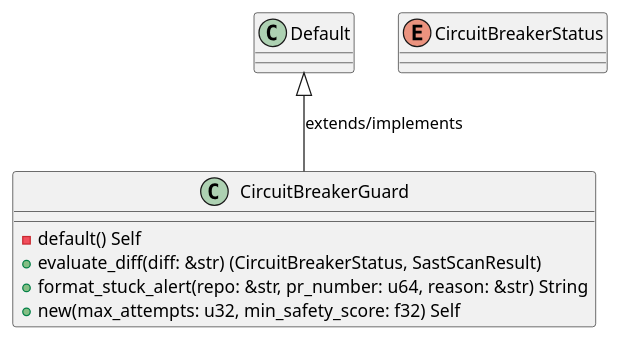
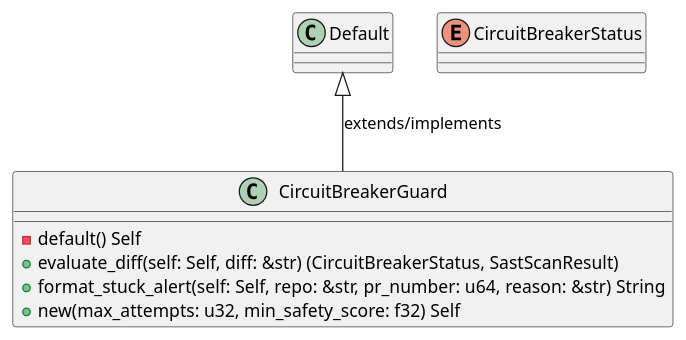
One commit to lgcorzo/rust_CACD_autonomous_factory changed the first of 6 diagrams in openwiki/crates_factory_application_src_workflows_circuit_breaker.md. Above: the diagram before and after it, drawn with PlantUML. The commit also changed other lines of this file and 95 other files, not shown here.

````diff
--- a/openwiki/crates_factory_application_src_workflows_circuit_breaker.md
+++ b/openwiki/crates_factory_application_src_workflows_circuit_breaker.md
@@ -159,14 +161,14 @@
 ```plantuml
 @startuml
 class CircuitBreakerGuard {
     -default() Self
-    +evaluate_diff(diff: &str) (CircuitBreakerStatus, SastScanResult)
-    +format_stuck_alert(repo: &str, pr_number: u64, reason: &str) String
+    +evaluate_diff(self: Self, diff: &str) (CircuitBreakerStatus, SastScanResult)
+    +format_stuck_alert(self: Self, repo: &str, pr_number: u64, reason: &str) String
     +new(max_attempts: u32, min_safety_score: f32) Self
 }
 Default <|-- CircuitBreakerGuard : extends/implements
 enum CircuitBreakerStatus {
 }
 @enduml
 
 ```
````
